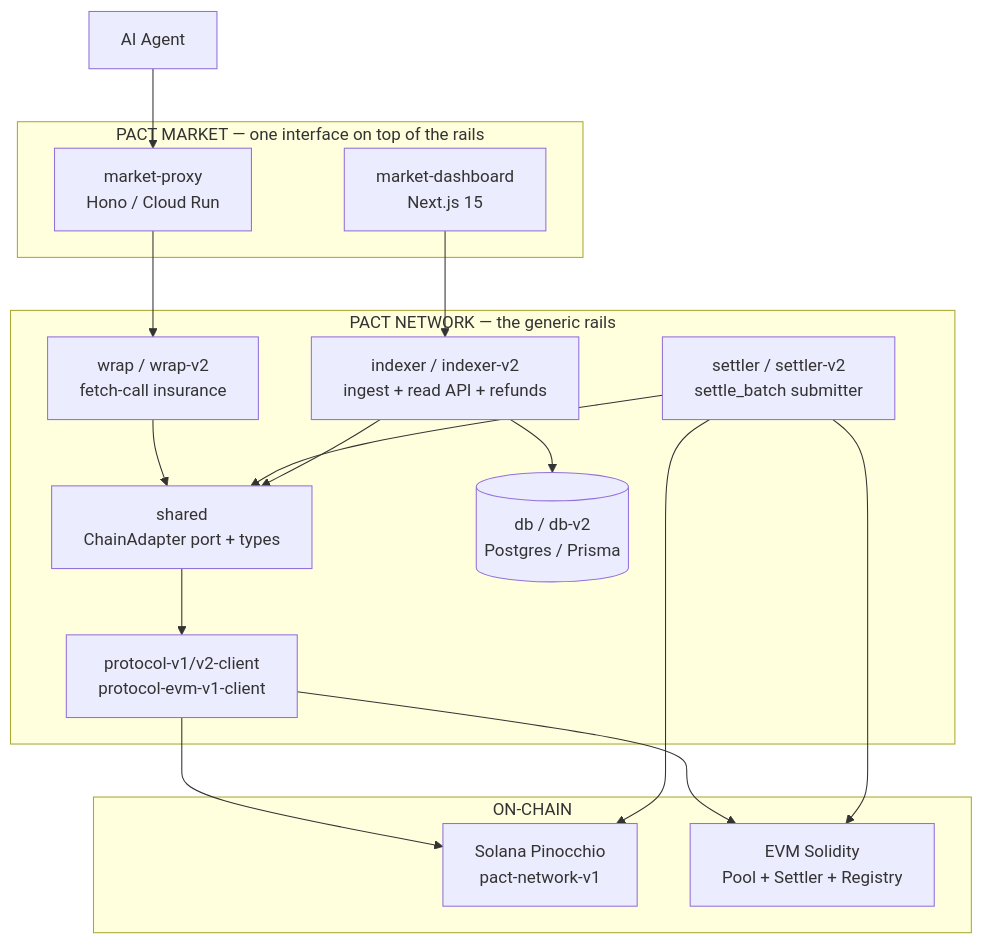
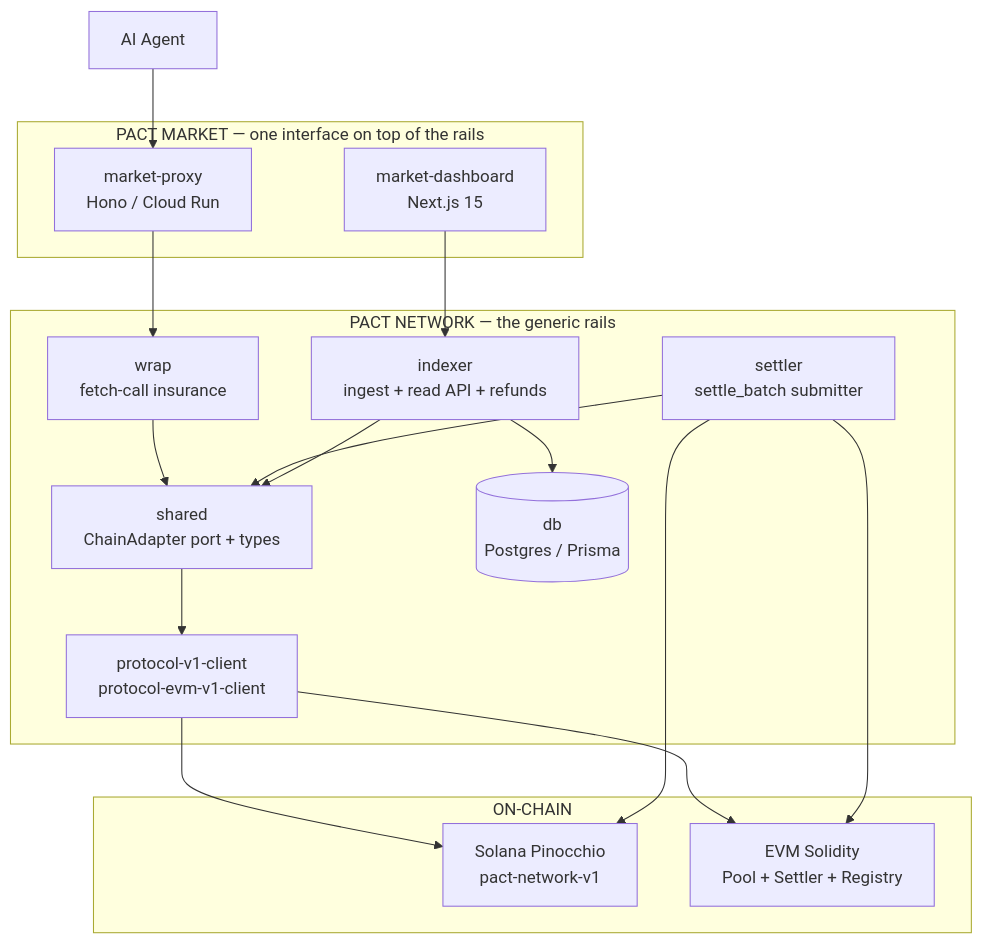
Before and after one commit to pactnetwork/pact-monitor: the first of 7 diagrams in docs/architecture/ARCHITECTURE.en.md, drawn with Mermaid. The commit also changed other lines of this file and 6 other files, not shown here.

First line of the commit message:
docs(architecture): sync package breakdown + V2-removal, add per-package breakdown

````diff
--- a/docs/architecture/ARCHITECTURE.en.md
+++ b/docs/architecture/ARCHITECTURE.en.md
@@ -18,30 +18,30 @@
 ```mermaid
 graph TD
     subgraph Market["PACT MARKET — one interface on top of the rails"]
         MP[market-proxy<br/>Hono / Cloud Run]
         MD[market-dashboard<br/>Next.js 15]
     end
     subgraph Network["PACT NETWORK — the generic rails"]
-        WRAP[wrap / wrap-v2<br/>fetch-call insurance]
+        WRAP[wrap<br/>fetch-call insurance]
         SHARED[shared<br/>ChainAdapter port + types]
-        SET[settler / settler-v2<br/>settle_batch submitter]
-        IDX[indexer / indexer-v2<br/>ingest + read API + refunds]
-        DB[(db / db-v2<br/>Postgres / Prisma)]
-        CLIENTS[protocol-v1/v2-client<br/>protocol-evm-v1-client]
+        SET[settler<br/>settle_batch submitter]
+        IDX[indexer<br/>ingest + read API + refunds]
+        DB[(db<br/>Postgres / Prisma)]
+        CLIENTS[protocol-v1-client<br/>protocol-evm-v1-client]
     end
     subgraph Chains["ON-CHAIN"]
         SOL[Solana Pinocchio<br/>pact-network-v1]
         EVM[EVM Solidity<br/>Pool + Settler + Registry]
     end
     AGENT[AI Agent] --> MP
     MP --> WRAP
     WRAP --> SHARED
     SET --> SHARED
     IDX --> SHARED
     SHARED --> CLIENTS
     CLIENTS --> SOL
     CLIENTS --> EVM
     SET --> SOL & EVM
     IDX --> DB
     MD --> IDX
 ```
````
